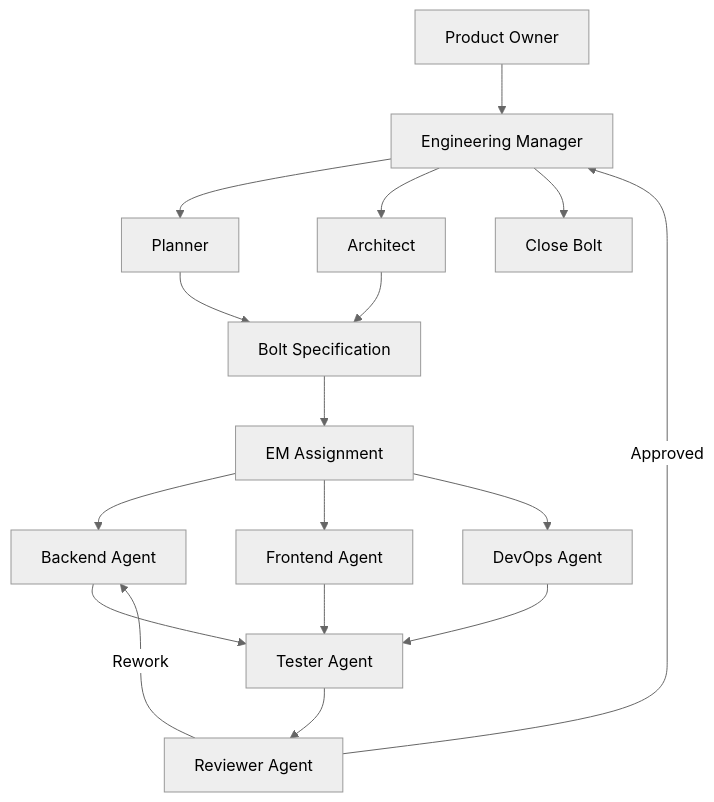
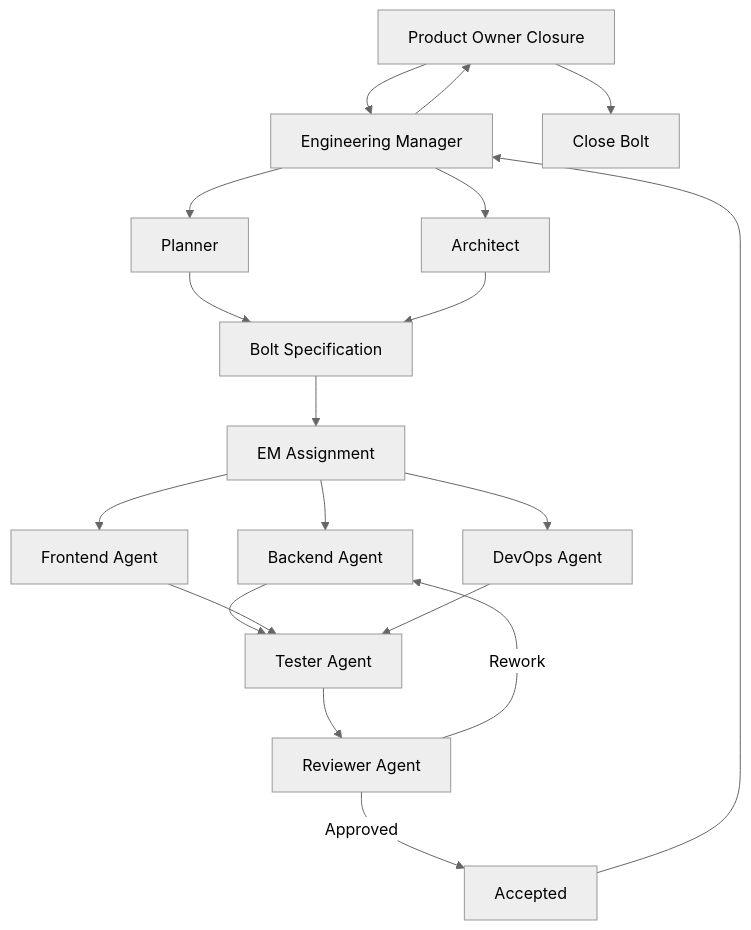
The first of 3 diagrams in docs/system-architecture-overview.md (fr4gus/ai-engineering-framework-poc), drawn with Mermaid (neutral theme) before and after one commit. The commit also changed other lines of this file and 112 other files, not shown here.

````diff
--- a/docs/system-architecture-overview.md
+++ b/docs/system-architecture-overview.md
@@ -9,28 +9,30 @@
 ```mermaid
 flowchart TD
 
 PO[Product Owner] --> EM[Engineering Manager]
 
 EM --> PL[Planner]
 EM --> ARCH[Architect]
 
 PL --> BOLT[Bolt Specification]
 ARCH --> BOLT
 
 BOLT --> ASSIGN[EM Assignment]
 
 ASSIGN --> BE[Backend Agent]
 ASSIGN --> FE[Frontend Agent]
 ASSIGN --> DO[DevOps Agent]
 
 BE --> TESTER[Tester Agent]
 FE --> TESTER
 DO --> TESTER
 
 TESTER --> REVIEWER[Reviewer Agent]
 
-REVIEWER -->|Approved| EM
+REVIEWER -->|Approved| ACCEPTED[Accepted]
 REVIEWER -->|Rework| BE
 
-EM --> CLOSE[Close Bolt]
+ACCEPTED --> EM[Engineering Manager]
+EM --> PO[Product Owner Closure]
+PO --> CLOSE[Close Bolt]
 ```
````
